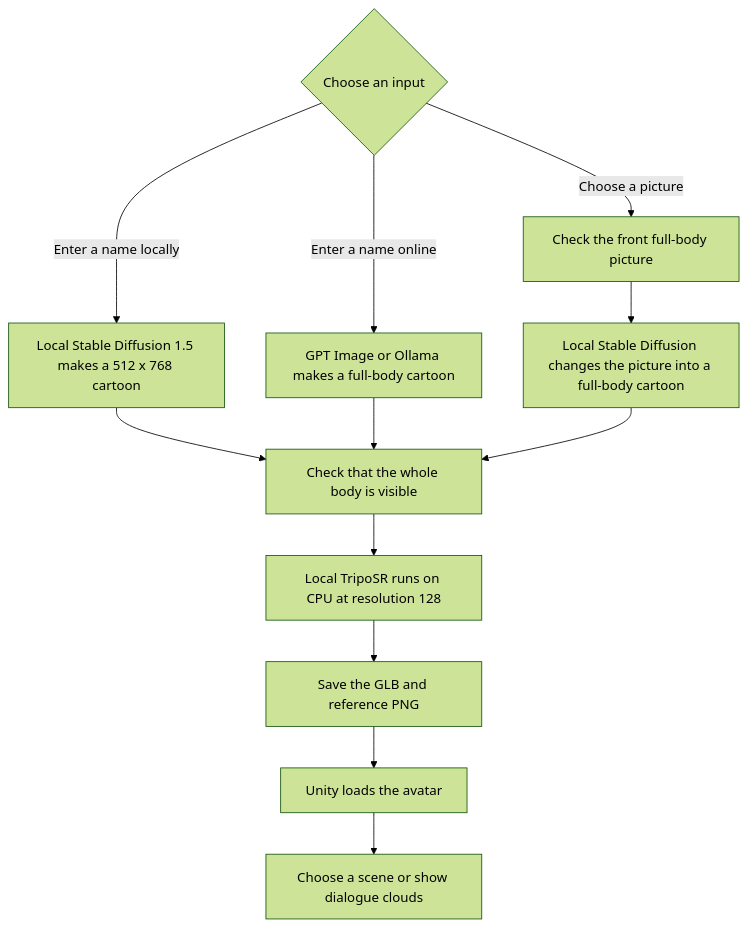
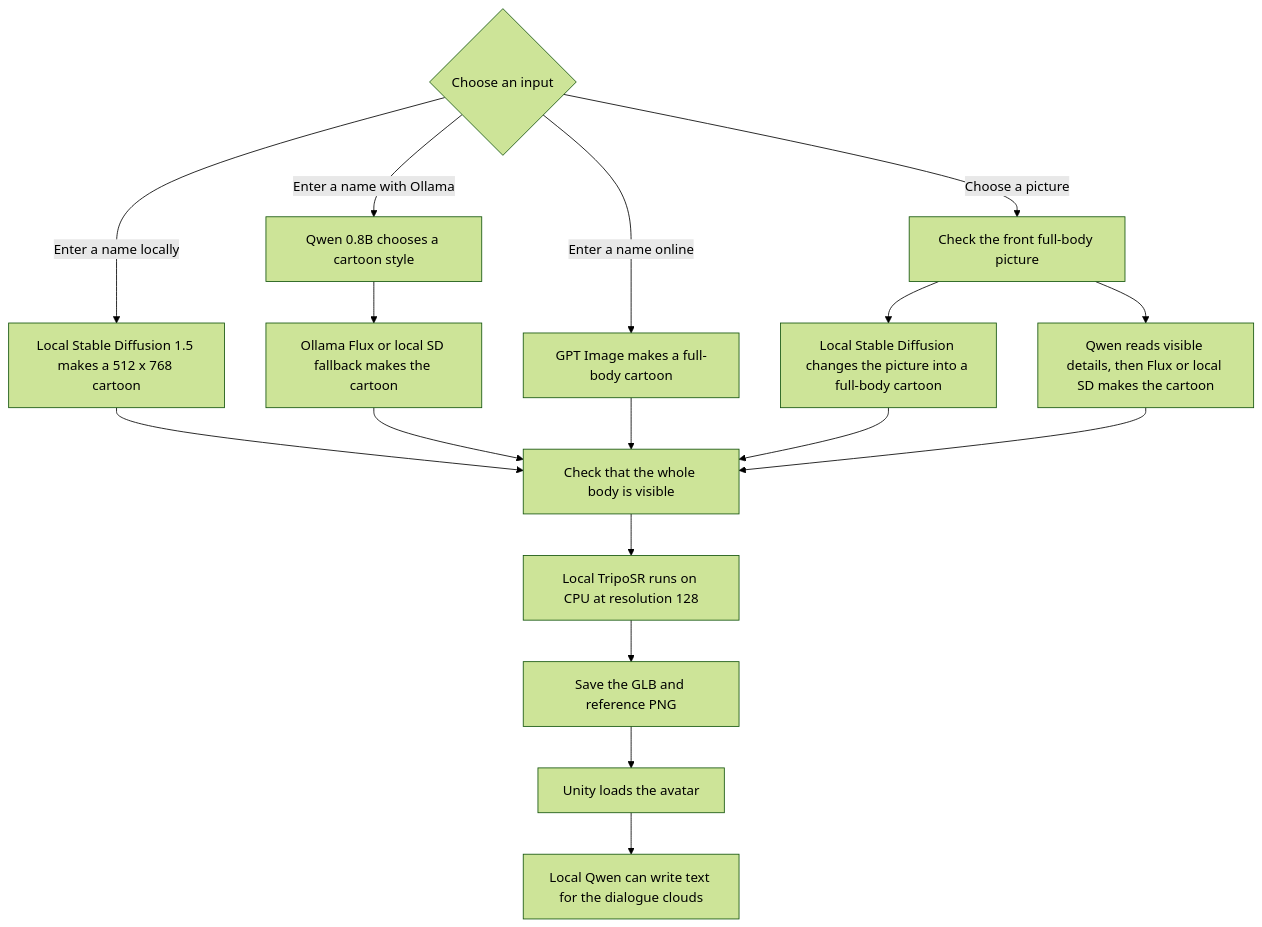
The diagram in Test/README.md (JiAXiAnGYaN/6-meta-avatar-llm), drawn with Mermaid (forest theme) before and after one commit. The commit also changed other lines of this file and 19 other files, not shown here.

````diff
--- a/Test/README.md
+++ b/Test/README.md
@@ -14,15 +16,20 @@
 ```mermaid
 flowchart TD
     A{"Choose an input"}
     A -->|Enter a name locally| B["Local Stable Diffusion 1.5 makes a 512 x 768 cartoon"]
-    A -->|Enter a name online| B2["GPT Image or Ollama makes a full-body cartoon"]
+    A -->|Enter a name with Ollama| O1["Qwen 0.8B chooses a cartoon style"]
+    O1 --> O2["Ollama Flux or local SD fallback makes the cartoon"]
+    A -->|Enter a name online| B2["GPT Image makes a full-body cartoon"]
     A -->|Choose a picture| C["Check the front full-body picture"]
     C --> C2["Local Stable Diffusion changes the picture into a full-body cartoon"]
+    C --> O3["Qwen reads visible details, then Flux or local SD makes the cartoon"]
     B --> D["Check that the whole body is visible"]
+    O2 --> D
     B2 --> D
     C2 --> D
+    O3 --> D
     D --> E["Local TripoSR runs on CPU at resolution 128"]
     E --> F["Save the GLB and reference PNG"]
     F --> G["Unity loads the avatar"]
-    G --> H["Choose a scene or show dialogue clouds"]
+    G --> H["Local Qwen can write text for the dialogue clouds"]
 ```
````
